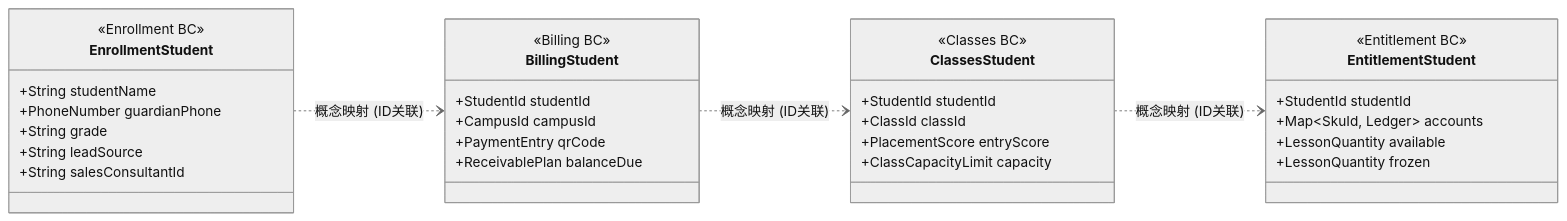
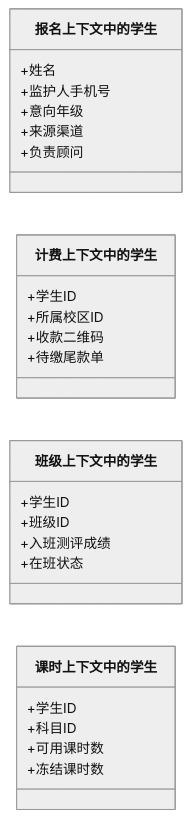
One commit to TimeCraker/vibe-studio changed the second of 4 diagrams in products/ddd-paper/DDD-Practical-Architecture-Paper.md. Above: the diagram before and after it, drawn with Mermaid (neutral theme). The commit also changed other lines of this file and 1 other file, not shown here.

````diff
--- a/products/ddd-paper/DDD-Practical-Architecture-Paper.md
+++ b/products/ddd-paper/DDD-Practical-Architecture-Paper.md
@@ -198,41 +165,33 @@
 ```mermaid
 classDiagram
     direction LR
-    
-    class EnrollmentStudent {
-        <<Enrollment BC>>
-        +String studentName
-        +PhoneNumber guardianPhone
-        +String grade
-        +String leadSource
-        +String salesConsultantId
+
+    class 报名上下文中的学生 {
+        +姓名
+        +监护人手机号
+        +意向年级
+        +来源渠道
+        +负责顾问
     }
 
-    class BillingStudent {
-        <<Billing BC>>
-        +StudentId studentId
-        +CampusId campusId
-        +PaymentEntry qrCode
-        +ReceivablePlan balanceDue
+    class 计费上下文中的学生 {
+        +学生ID
+        +所属校区ID
+        +收款二维码
+        +待缴尾款单
     }
 
-    class ClassesStudent {
-        <<Classes BC>>
-        +StudentId studentId
-        +ClassId classId
-        +PlacementScore entryScore
-        +ClassCapacityLimit capacity
+    class 班级上下文中的学生 {
+        +学生ID
+        +班级ID
+        +入班测评成绩
+        +在班状态
     }
 
-    class EntitlementStudent {
-        <<Entitlement BC>>
-        +StudentId studentId
-        +Map~SkuId, Ledger~ accounts
-        +LessonQuantity available
-        +LessonQuantity frozen
+    class 课时上下文中的学生 {
+        +学生ID
+        +科目ID
+        +可用课时数
+        +冻结课时数
     }
-
-    EnrollmentStudent ..> BillingStudent : 概念映射 (ID关联)
-    BillingStudent ..> ClassesStudent : 概念映射 (ID关联)
-    ClassesStudent ..> EntitlementStudent : 概念映射 (ID关联)
 ```
````
